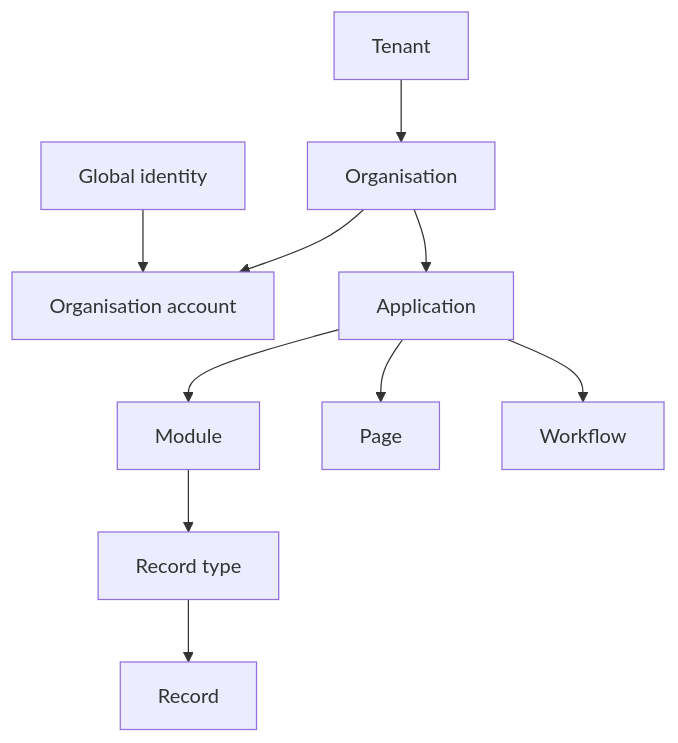
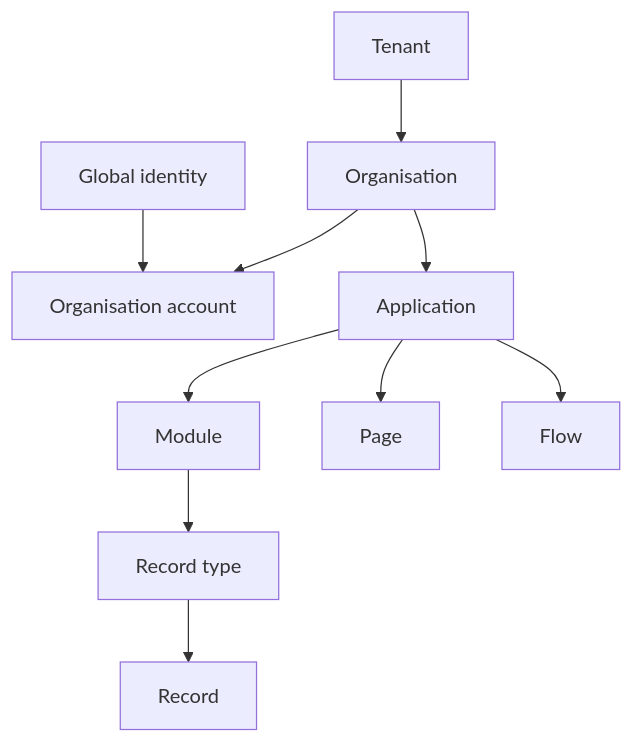
One commit to Abzum-NZ/Abzum-Vortex changed the diagram in docs/specification/appendices/glossary.md. Above: the diagram before and after it, drawn with Mermaid. The commit also changed other lines of this file and 6 other files, not shown here.

First line of the commit message:
#978 Align the workflow, application and runtime-service specification with the flow language

````diff
--- a/docs/specification/appendices/glossary.md
+++ b/docs/specification/appendices/glossary.md
@@ -5,12 +5,12 @@
 ```mermaid
 flowchart TD
     TENANT[Tenant] --> ORG[Organisation]
     IDENTITY[Global identity] --> ACCOUNT[Organisation account]
     ORG[Organisation] --> ACCOUNT
     ORG --> APP[Application]
     APP --> MODULE[Module]
     MODULE --> TYPE[Record type]
     TYPE --> RECORD[Record]
     APP --> PAGE[Page]
-    APP --> WORKFLOW[Workflow]
+    APP --> FLOW[Flow]
 ```
````
